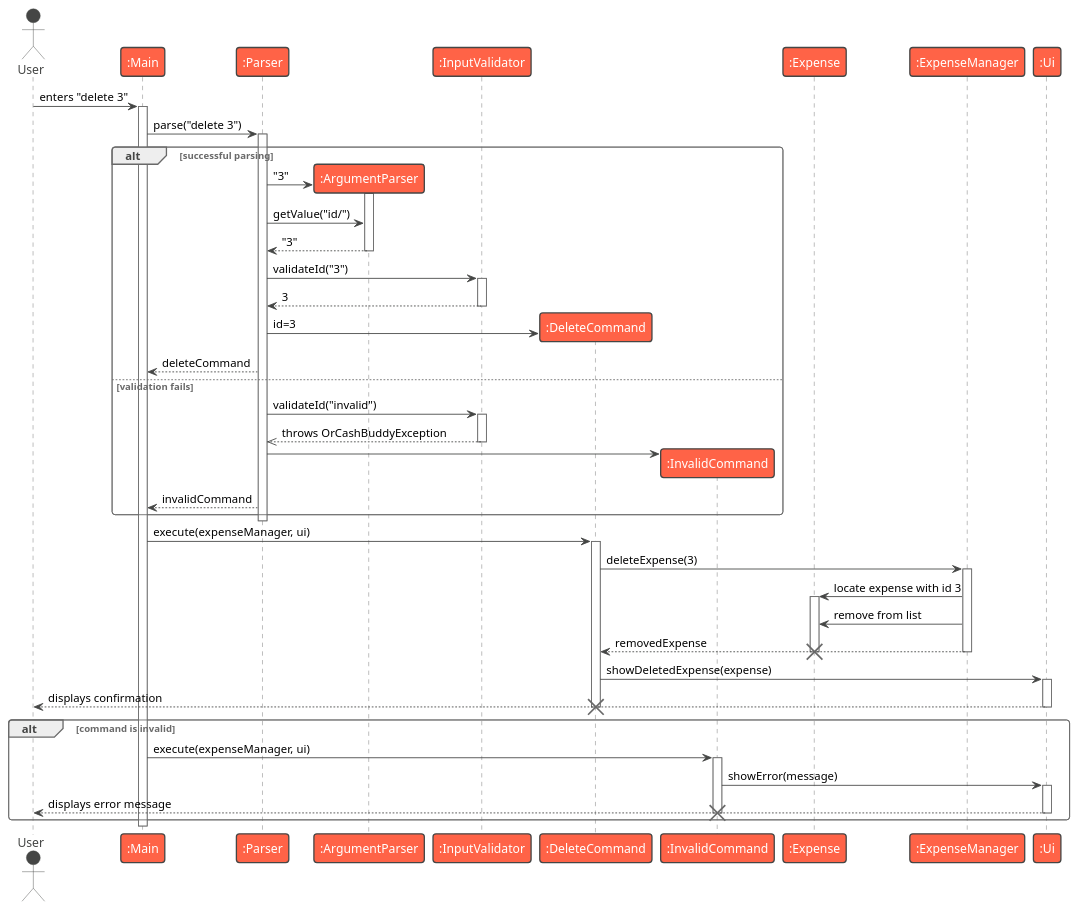
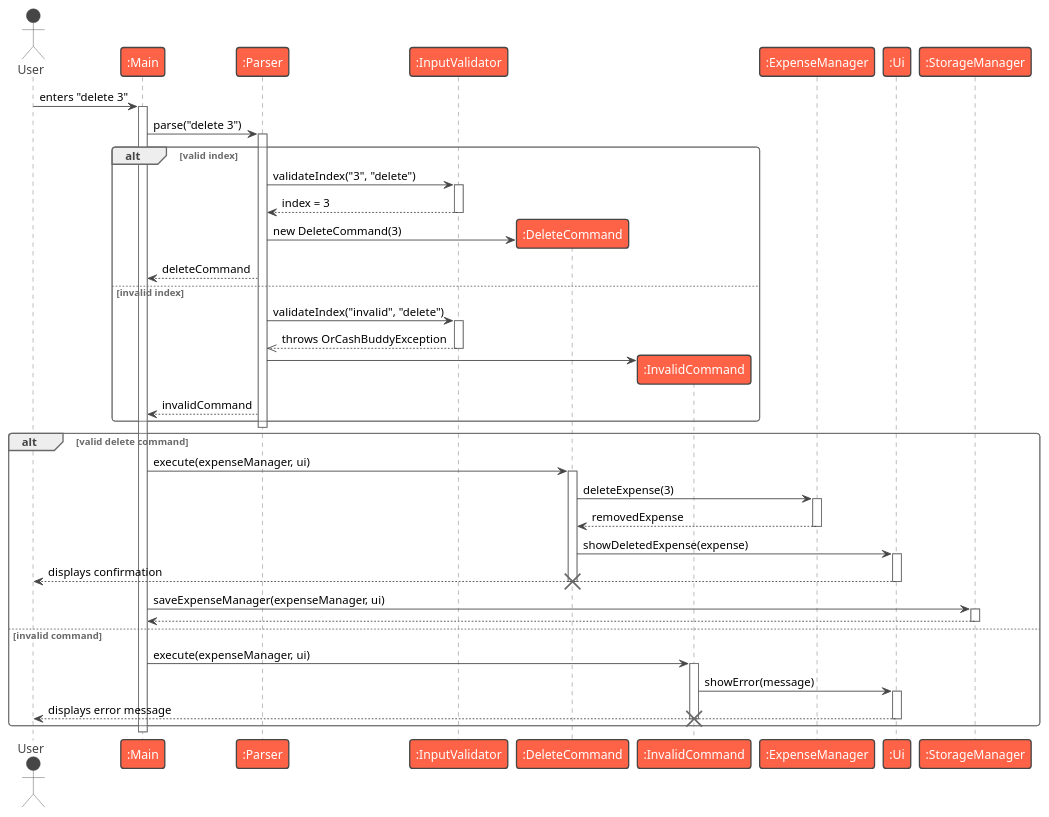
One commit to aydrienlaw/tp changed the diagram in docs/diagrams/delete-sequence.puml. Above: the diagram before and after it, drawn with PlantUML. The commit also changed 1 other file, not shown here.

Commit message:
docs: update DevGuide for delete command

```diff
--- a/docs/diagrams/delete-sequence.puml
+++ b/docs/diagrams/delete-sequence.puml
@@ -1,82 +1,77 @@
 @startuml
 !theme vibrant
 actor User
 participant ":Main" as Main
 participant ":Parser" as Parser
-participant ":ArgumentParser" as ArgumentParser
 participant ":InputValidator" as InputValidator
 participant ":DeleteCommand" as DeleteCommand
 participant ":InvalidCommand" as InvalidCommand
-participant ":Expense" as Expense
 participant ":ExpenseManager" as ExpenseManager
 participant ":Ui" as Ui
+participant ":StorageManager" as StorageManager
 
 User -> Main : enters "delete 3"
 activate Main
 
 Main -> Parser : parse("delete 3")
 activate Parser
 
-alt successful parsing
-    create ArgumentParser
-    Parser -> ArgumentParser : "3"
-    activate ArgumentParser
-    Parser -> ArgumentParser : getValue("id/")
-    ArgumentParser --> Parser : "3"
-    deactivate ArgumentParser
-
-    Parser -> InputValidator : validateId("3")
+alt valid index
+    Parser -> InputValidator : validateIndex("3", "delete")
     activate InputValidator
-    InputValidator --> Parser : 3
+    InputValidator --> Parser : index = 3
     deactivate InputValidator
 
     create DeleteCommand
-    Parser -> DeleteCommand : id=3
+    Parser -> DeleteCommand : new DeleteCommand(3)
     Parser --> Main : deleteCommand
 
-else validation fails
-    Parser -> InputValidator : validateId("invalid")
+else invalid index
+    Parser -> InputValidator : validateIndex("invalid", "delete")
     activate InputValidator
     InputValidator -->> Parser : throws OrCashBuddyException
     deactivate InputValidator
 
     create InvalidCommand
     Parser -> InvalidCommand
     Parser --> Main : invalidCommand
 end
 
 deactivate Parser
 
-Main -> DeleteCommand : execute(expenseManager, ui)
-activate DeleteCommand
+alt valid delete command
+    Main -> DeleteCommand : execute(expenseManager, ui)
+    activate DeleteCommand
 
-DeleteCommand -> ExpenseManager : deleteExpense(3)
-activate ExpenseManager
-ExpenseManager -> Expense : locate expense with id 3
-activate Expense
-ExpenseManager -> Expense : remove from list
-ExpenseManager --> DeleteCommand : removedExpense
-destroy Expense
-deactivate ExpenseManager
+    DeleteCommand -> ExpenseManager : deleteExpense(3)
+    activate ExpenseManager
+    ExpenseManager --> DeleteCommand : removedExpense
+    deactivate ExpenseManager
 
-DeleteCommand -> Ui : showDeletedExpense(expense)
-activate Ui
-Ui --> User : displays confirmation
-deactivate Ui
+    DeleteCommand -> Ui : showDeletedExpense(expense)
+    activate Ui
+    Ui --> User : displays confirmation
+    deactivate Ui
 
-deactivate DeleteCommand
-destroy DeleteCommand
+    deactivate DeleteCommand
+    destroy DeleteCommand
 
-alt command is invalid
+    ' --- Persistence handled by Main ---
+    Main -> StorageManager : saveExpenseManager(expenseManager, ui)
+    activate StorageManager
+    StorageManager --> Main
+    deactivate StorageManager
+
+else invalid command
     Main -> InvalidCommand : execute(expenseManager, ui)
     activate InvalidCommand
     InvalidCommand -> Ui : showError(message)
     activate Ui
     Ui --> User : displays error message
     deactivate Ui
     deactivate InvalidCommand
     destroy InvalidCommand
 end
 
 deactivate Main
 @enduml
```
